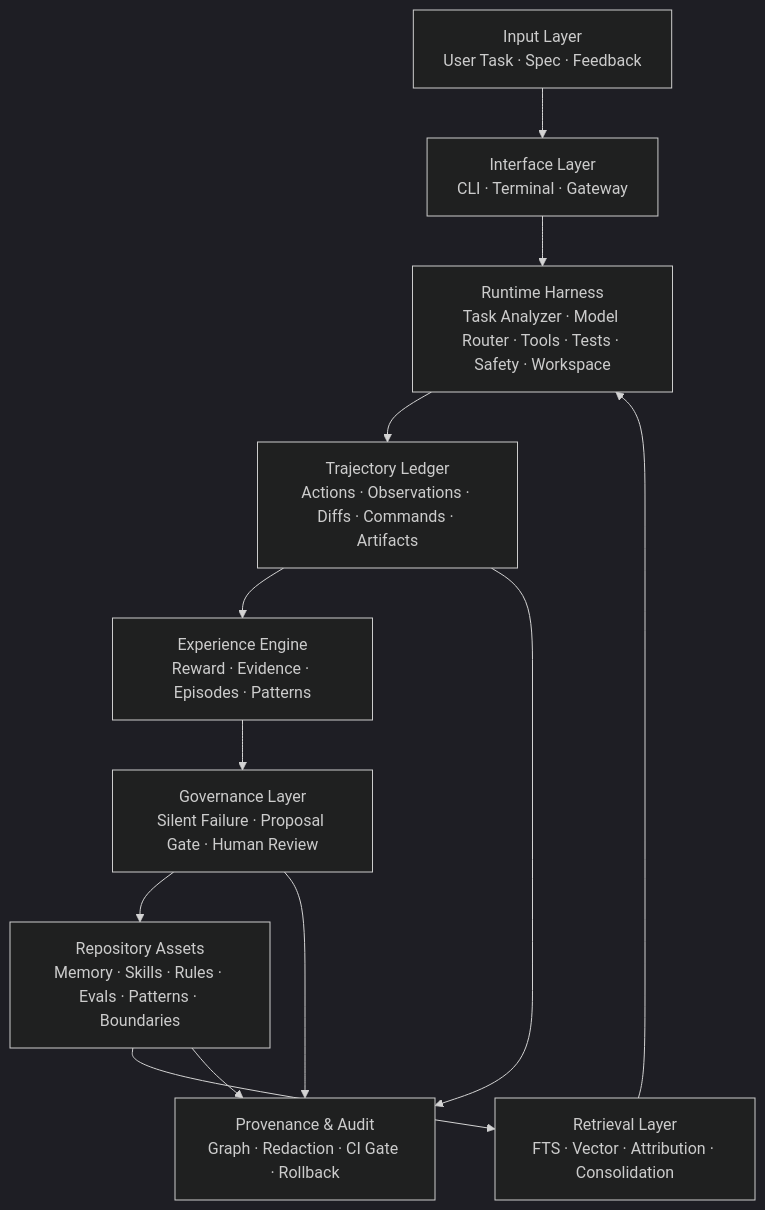
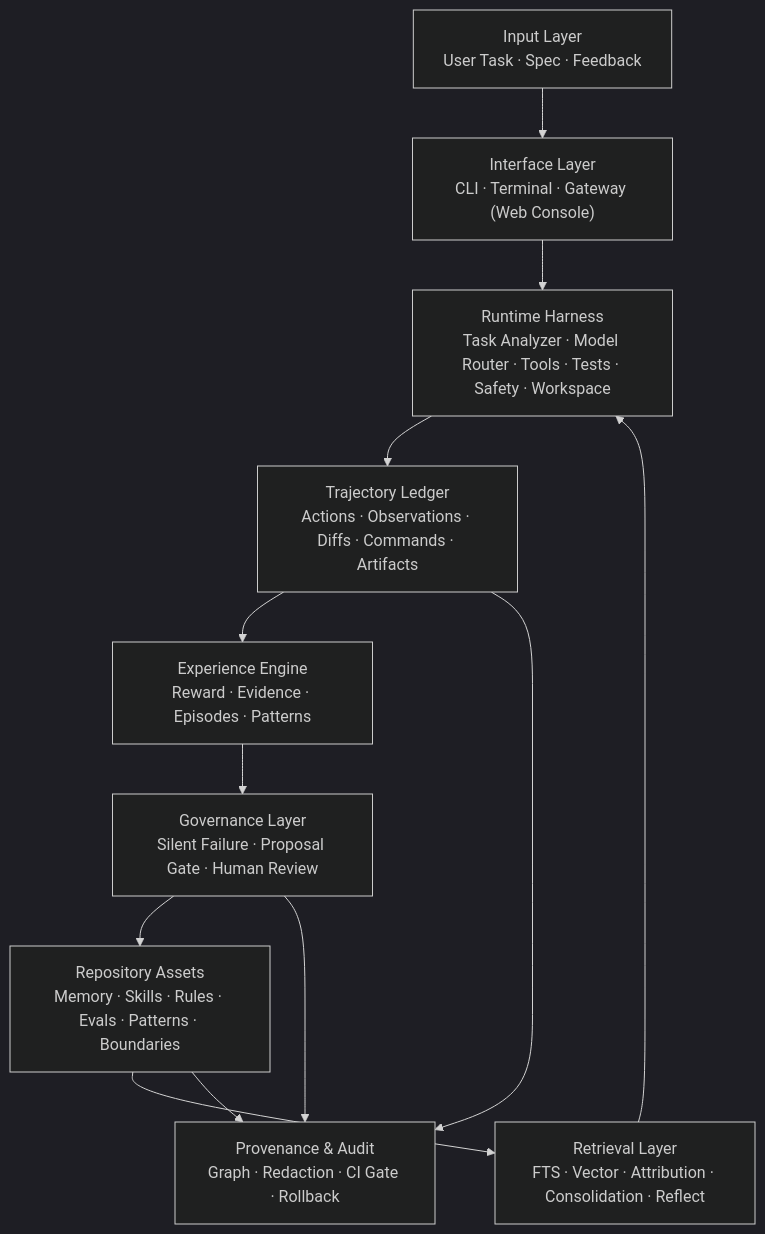
The fourth of 4 diagrams in docs/ARCHITECTURE_DIAGRAMS.md (Praxile-Alpha/Praxile), drawn with Mermaid (dark theme) before and after one commit. The commit also changed 56 other files, not shown here.

Commit message:
docs: integrate Web Console, Reflect, and new architecture flows into READMEs

````diff
--- a/docs/ARCHITECTURE_DIAGRAMS.md
+++ b/docs/ARCHITECTURE_DIAGRAMS.md
@@ -90,18 +90,18 @@
 ```mermaid
 flowchart TB
     L1["Input Layer<br/>User Task · Spec · Feedback"]
-    L2["Interface Layer<br/>CLI · Terminal · Gateway"]
+    L2["Interface Layer<br/>CLI · Terminal · Gateway (Web Console)"]
     L3["Runtime Harness<br/>Task Analyzer · Model Router · Tools · Tests · Safety · Workspace"]
     L4["Trajectory Ledger<br/>Actions · Observations · Diffs · Commands · Artifacts"]
     L5["Experience Engine<br/>Reward · Evidence · Episodes · Patterns"]
     L6["Governance Layer<br/>Silent Failure · Proposal Gate · Human Review"]
     L7["Repository Assets<br/>Memory · Skills · Rules · Evals · Patterns · Boundaries"]
     L8["Provenance & Audit<br/>Graph · Redaction · CI Gate · Rollback"]
-    L9["Retrieval Layer<br/>FTS · Vector · Attribution · Consolidation"]
+    L9["Retrieval Layer<br/>FTS · Vector · Attribution · Consolidation · Reflect"]
 
     L1 --> L2 --> L3 --> L4 --> L5 --> L6 --> L7 --> L9
     L4 --> L8
     L6 --> L8
     L7 --> L8
     L9 --> L3
 ```
````
